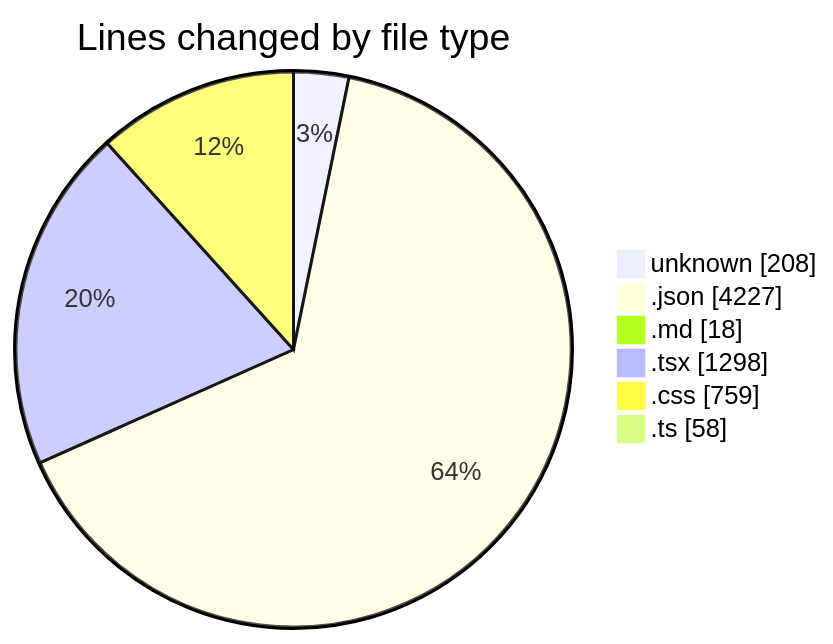
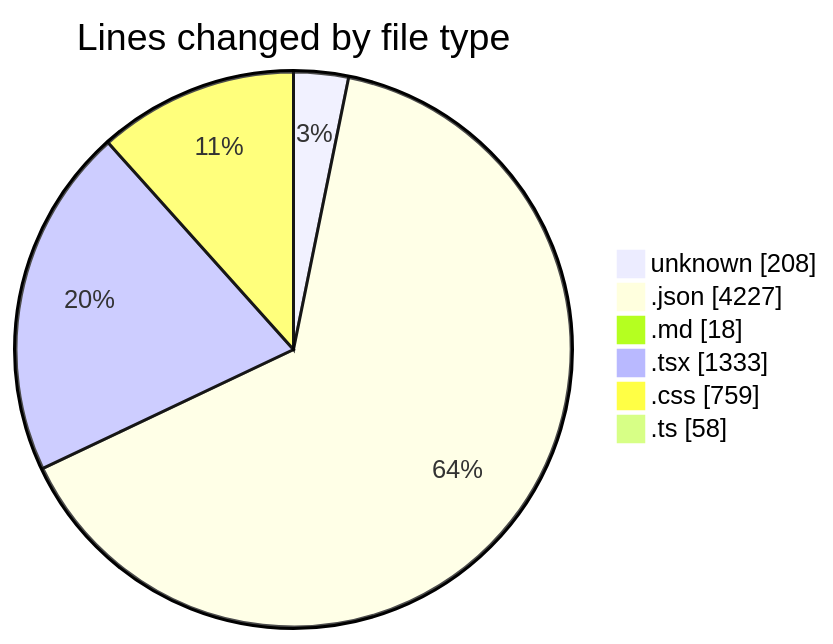
The first of 2 diagrams in 2025-08-07/ribbon/README.md (EIIisD/code-tracking), drawn with Mermaid before and after one commit. The commit also changed other lines of this file and 1 other file, not shown here.

````diff
--- a/2025-08-07/ribbon/README.md
+++ b/2025-08-07/ribbon/README.md
@@ -36,10 +37,10 @@
 ```mermaid
 pie showData
 title Lines changed by file type
 "unknown" : 208
 ".json" : 4227
 ".md" : 18
-".tsx" : 1298
+".tsx" : 1333
 ".css" : 759
 ".ts" : 58
 ```
````
